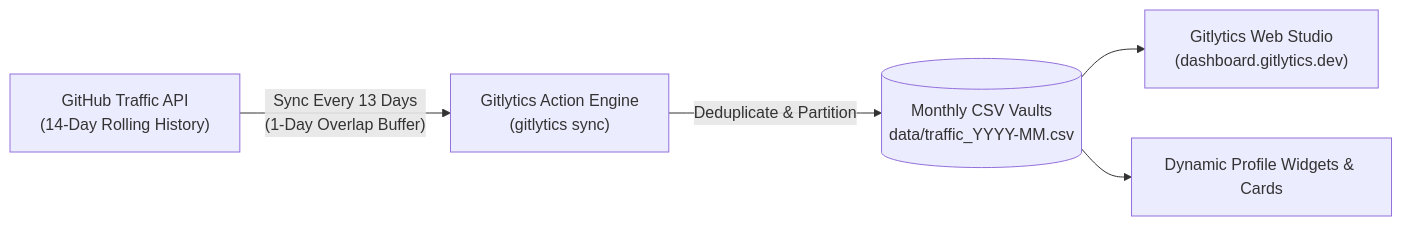
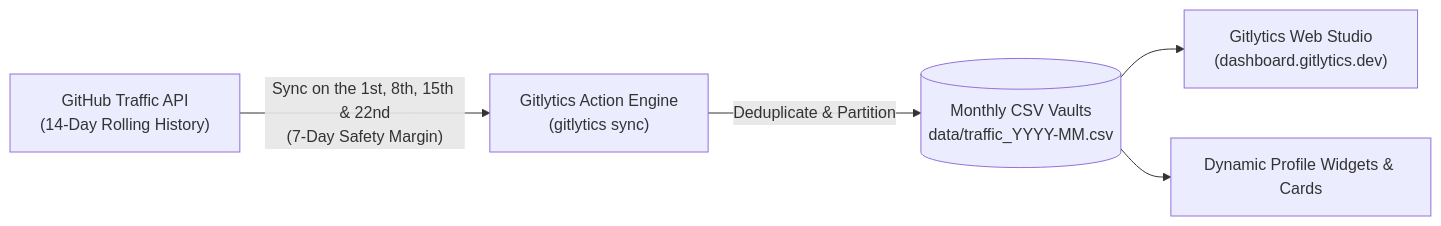
The diagram in README.md (ameyachopade/gitlytics-github-traffic-automation), drawn with Mermaid before and after one commit. The commit also changed other lines of this file and 10 other files, not shown here.

Commit message:
feat(v1.2.0): update gitlytics core to v0.7.2, add permission preflight, and harden action

````diff
--- a/README.md
+++ b/README.md
@@ -50,7 +50,7 @@
 ```mermaid
 flowchart LR
-    A["GitHub Traffic API\n(14-Day Rolling History)"] -->|"Sync Every 13 Days\n(1-Day Overlap Buffer)"| B["Gitlytics Action Engine\n(gitlytics sync)"]
+    A["GitHub Traffic API\n(14-Day Rolling History)"] -->|"Sync on the 1st, 8th, 15th & 22nd\n(7-Day Safety Margin)"| B["Gitlytics Action Engine\n(gitlytics sync)"]
     B -->|"Deduplicate & Partition"| C[("Monthly CSV Vaults\ndata/traffic_YYYY-MM.csv")]
     C --> D["Gitlytics Web Studio\n(dashboard.gitlytics.dev)"]
     C --> E["Dynamic Profile Widgets & Cards"]
 ```
````
